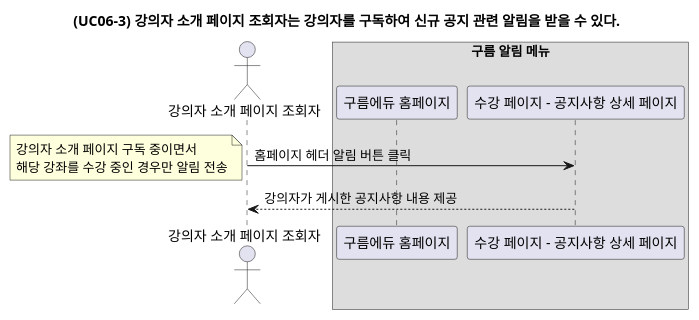
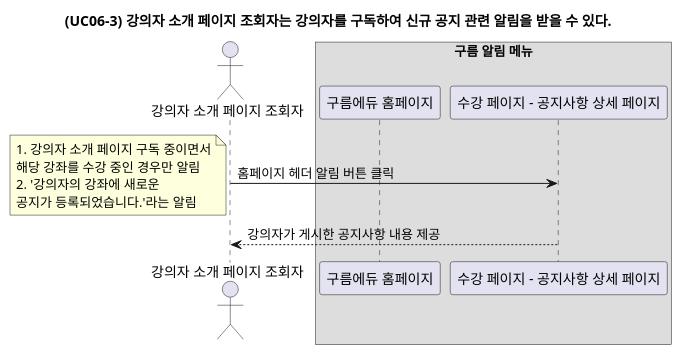
One commit to YoonsooOh/tech-study changed the diagram in 강의자소개페이지2차개발/UC06-3.puml. Above: the diagram before and after it, drawn with PlantUML. The commit also changed 2 other files, not shown here.

```diff
--- a/강의자소개페이지2차개발/UC06-3.puml
+++ b/강의자소개페이지2차개발/UC06-3.puml
@@ -1,19 +1,21 @@
 @startuml
 
 title (UC06-3) 강의자 소개 페이지 조회자는 강의자를 구독하여 신규 공지 관련 알림을 받을 수 있다.
 actor "강의자 소개 페이지 조회자"
 
 box "구름 알림 메뉴"
 participant "구름에듀 홈페이지"
 participant "수강 페이지 - 공지사항 상세 페이지"
 endbox
 
 "강의자 소개 페이지 조회자" -> "수강 페이지 - 공지사항 상세 페이지" : 홈페이지 헤더 알림 버튼 클릭
 note left
-강의자 소개 페이지 구독 중이면서
-해당 강좌를 수강 중인 경우만 알림 전송
+1. 강의자 소개 페이지 구독 중이면서
+해당 강좌를 수강 중인 경우만 알림
+2. '강의자의 강좌에 새로운
+공지가 등록되었습니다.'라는 알림
 end note
 "수강 페이지 - 공지사항 상세 페이지" --> "강의자 소개 페이지 조회자" : 강의자가 게시한 공지사항 내용 제공
 
 
 @enduml
```
